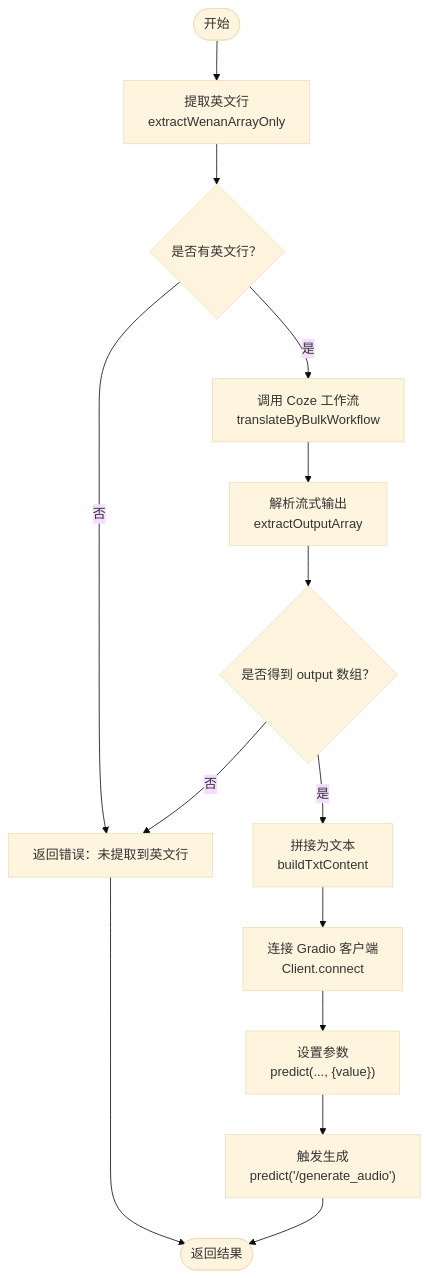
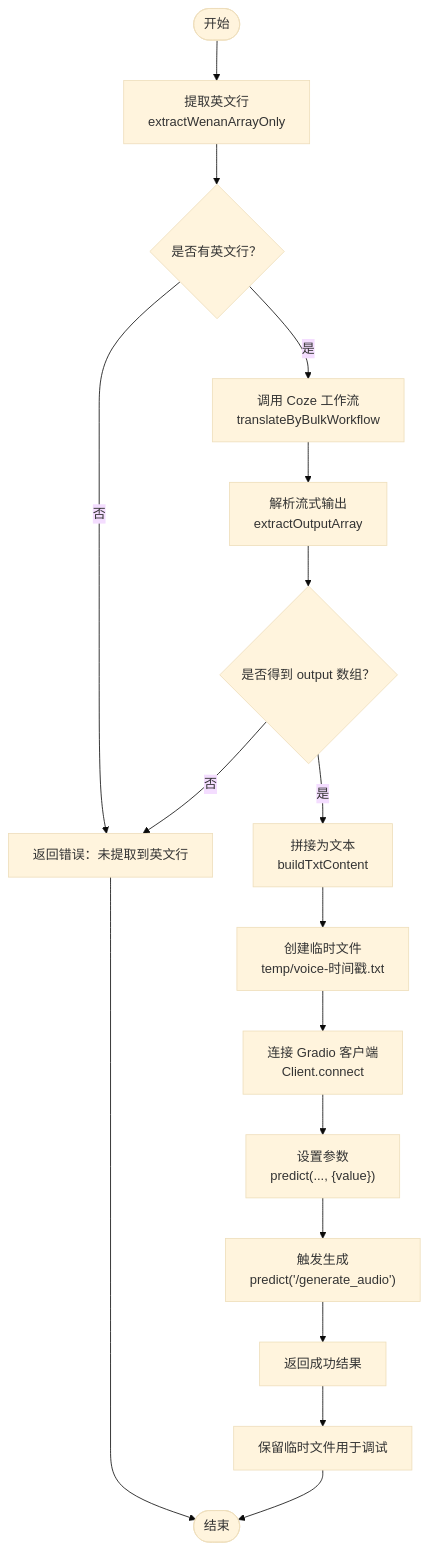
Before and after one commit to hanksd769-droid/sailshub: the third of 4 diagrams in .qoder/repowiki/zh/content/语音生成系统.md, drawn with Mermaid (base theme). The commit also changed other lines of this file and 4 other files, not shown here.

````diff
--- a/.qoder/repowiki/zh/content/语音生成系统.md
+++ b/.qoder/repowiki/zh/content/语音生成系统.md
@@ -186,16 +203,19 @@
 ```mermaid
 flowchart TD
 Start(["开始"]) --> Extract["提取英文行<br/>extractWenanArrayOnly"]
 Extract --> HasLines{"是否有英文行？"}
 HasLines -- 否 --> Err["返回错误：未提取到英文行"]
 HasLines -- 是 --> Translate["调用 Coze 工作流<br/>translateByBulkWorkflow"]
 Translate --> Parse["解析流式输出<br/>extractOutputArray"]
 Parse --> GotOutput{"是否得到 output 数组？"}
 GotOutput -- 否 --> Err
 GotOutput -- 是 --> BuildTxt["拼接为文本<br/>buildTxtContent"]
-BuildTxt --> Connect["连接 Gradio 客户端<br/>Client.connect"]
+BuildTxt --> CreateTemp["创建临时文件<br/>temp/voice-时间戳.txt"]
+CreateTemp --> Connect["连接 Gradio 客户端<br/>Client.connect"]
 Connect --> SetParams["设置参数<br/>predict(..., {value})"]
 SetParams --> Generate["触发生成<br/>predict('/generate_audio')"]
-Generate --> Done(["返回结果"])
+Generate --> Success["返回成功结果"]
+Success --> CleanUp["保留临时文件用于调试"]
+CleanUp --> Done(["结束"])
 Err --> Done
 ```
````
